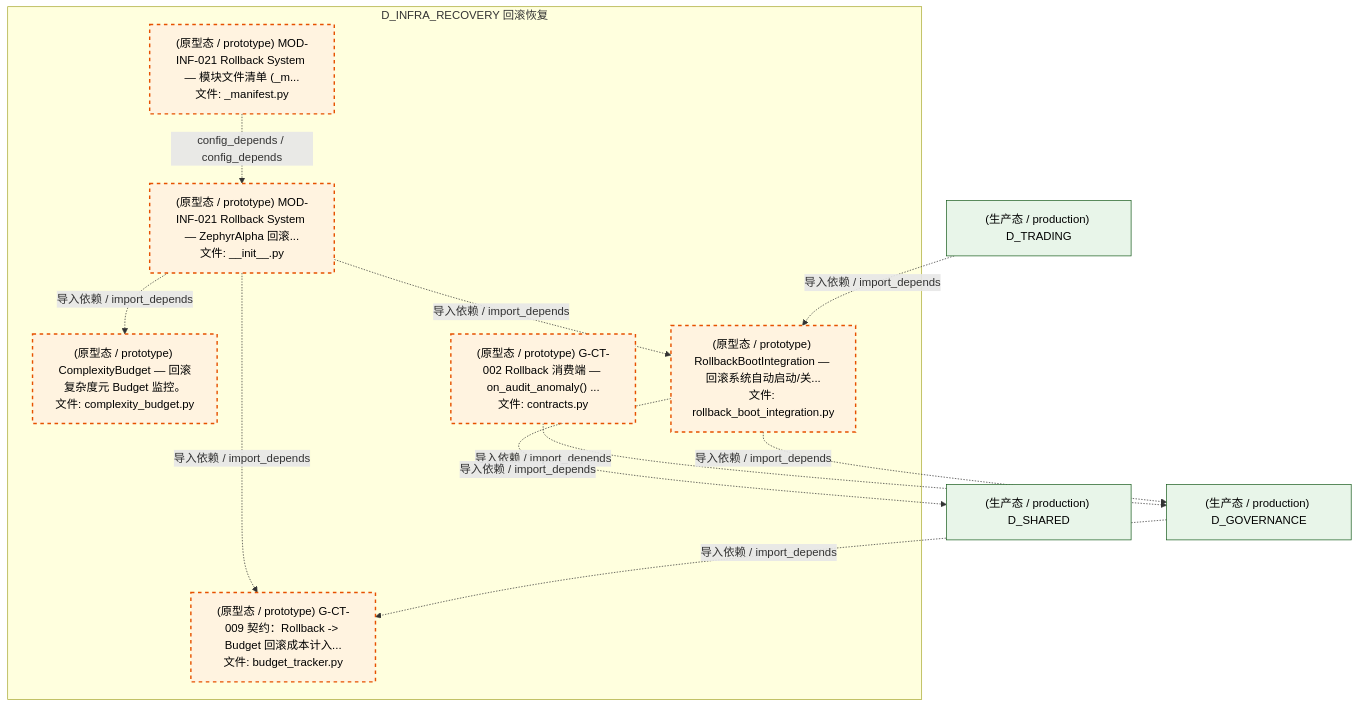
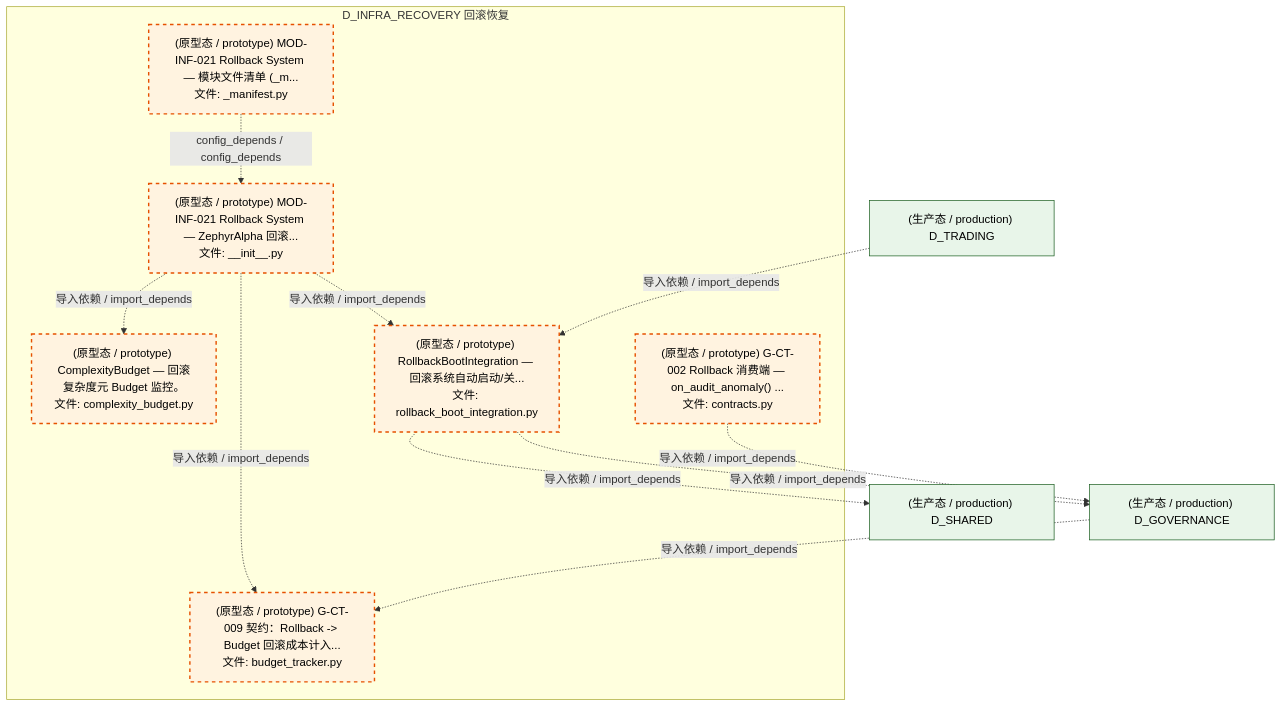
One commit to xuanFelixVan/ZephyrAlpha changed the fourth of 5 diagrams in docs/02_enterprise_architecture/02_domain_architecture_docs/03_d_infra_recovery.md. Above: the diagram before and after it, drawn with Mermaid. The commit also changed other lines of this file and 100 other files, not shown here.

````diff
--- a/docs/02_enterprise_architecture/02_domain_architecture_docs/03_d_infra_recovery.md
+++ b/docs/02_enterprise_architecture/02_domain_architecture_docs/03_d_infra_recovery.md
@@ -412,29 +412,29 @@
 ```mermaid
 graph TD
     subgraph D_INFRA_RECOVERY["D_INFRA_RECOVERY 回滚恢复"]
         src_zephyr_infrastructure_rollback_init_py["(原型态 / prototype) MOD-INF-021 Rollback System — ZephyrAlpha 回滚...<br/>文件: __init__.py"]
         src_zephyr_infrastructure_rollback_manifest_py["(原型态 / prototype) MOD-INF-021 Rollback System — 模块文件清单 (_m...<br/>文件: _manifest.py"]
         src_zephyr_infrastructure_rollback_budget_tracker_py["(原型态 / prototype) G-CT-009 契约：Rollback -> Budget 回滚成本计入...<br/>文件: budget_tracker.py"]
         src_zephyr_infrastructure_rollback_complexity_budget_py["(原型态 / prototype) ComplexityBudget — 回滚复杂度元 Budget 监控。<br/>文件: complexity_budget.py"]
         src_zephyr_infrastructure_rollback_contracts_py["(原型态 / prototype) G-CT-002 Rollback 消费端 — on_audit_anomaly() ...<br/>文件: contracts.py"]
         src_zephyr_infrastructure_rollback_rollback_boot_integration_py["(原型态 / prototype) RollbackBootIntegration — 回滚系统自动启动/关...<br/>文件: rollback_boot_integration.py"]
     end
-    src_zephyr_infrastructure_rollback_manifest_py -.->|config_depends / config_depends| src_zephyr_infrastructure_rollback_init_py
     src_zephyr_infrastructure_rollback_init_py -.->|导入依赖 / import_depends| src_zephyr_infrastructure_rollback_budget_tracker_py
     src_zephyr_infrastructure_rollback_init_py -.->|导入依赖 / import_depends| src_zephyr_infrastructure_rollback_complexity_budget_py
     src_zephyr_infrastructure_rollback_init_py -.->|导入依赖 / import_depends| src_zephyr_infrastructure_rollback_rollback_boot_integration_py
-    D_GOVERNANCE["(生产态 / production) D_GOVERNANCE"]
-    src_zephyr_infrastructure_rollback_contracts_py -.->|导入依赖 / import_depends| D_GOVERNANCE
+    src_zephyr_infrastructure_rollback_manifest_py -.->|config_depends / config_depends| src_zephyr_infrastructure_rollback_init_py
     D_SHARED["(生产态 / production) D_SHARED"]
     src_zephyr_infrastructure_rollback_rollback_boot_integration_py -.->|导入依赖 / import_depends| D_SHARED
+    D_GOVERNANCE["(生产态 / production) D_GOVERNANCE"]
     src_zephyr_infrastructure_rollback_rollback_boot_integration_py -.->|导入依赖 / import_depends| D_GOVERNANCE
+    src_zephyr_infrastructure_rollback_contracts_py -.->|导入依赖 / import_depends| D_GOVERNANCE
     D_GOVERNANCE -.->|导入依赖 / import_depends| src_zephyr_infrastructure_rollback_budget_tracker_py
     D_TRADING["(生产态 / production) D_TRADING"]
     D_TRADING -.->|导入依赖 / import_depends| src_zephyr_infrastructure_rollback_rollback_boot_integration_py
     classDef production fill:#e1f5fe,stroke:#01579b,stroke-width:2px,color:#000
     classDef design fill:#fff3e0,stroke:#e65100,stroke-width:2px,color:#000,stroke-dasharray: 5 5
     classDef external_prod fill:#e8f5e9,stroke:#1b5e20,stroke-width:1px,color:#000
     classDef external_design fill:#fce4ec,stroke:#880e4f,stroke-width:1px,color:#000,stroke-dasharray: 5 5
     class src_zephyr_infrastructure_rollback_init_py,src_zephyr_infrastructure_rollback_manifest_py,src_zephyr_infrastructure_rollback_budget_tracker_py,src_zephyr_infrastructure_rollback_complexity_budget_py,src_zephyr_infrastructure_rollback_contracts_py,src_zephyr_infrastructure_rollback_rollback_boot_integration_py design
-    class D_GOVERNANCE,D_SHARED,D_TRADING external_prod
+    class D_SHARED,D_GOVERNANCE,D_TRADING external_prod
 ```
````
